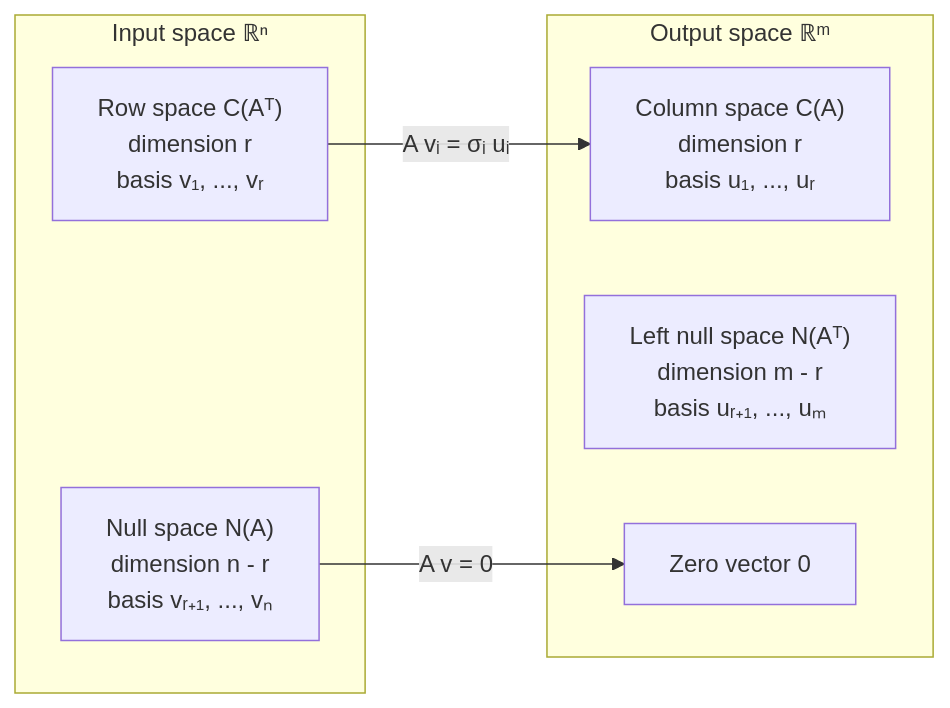
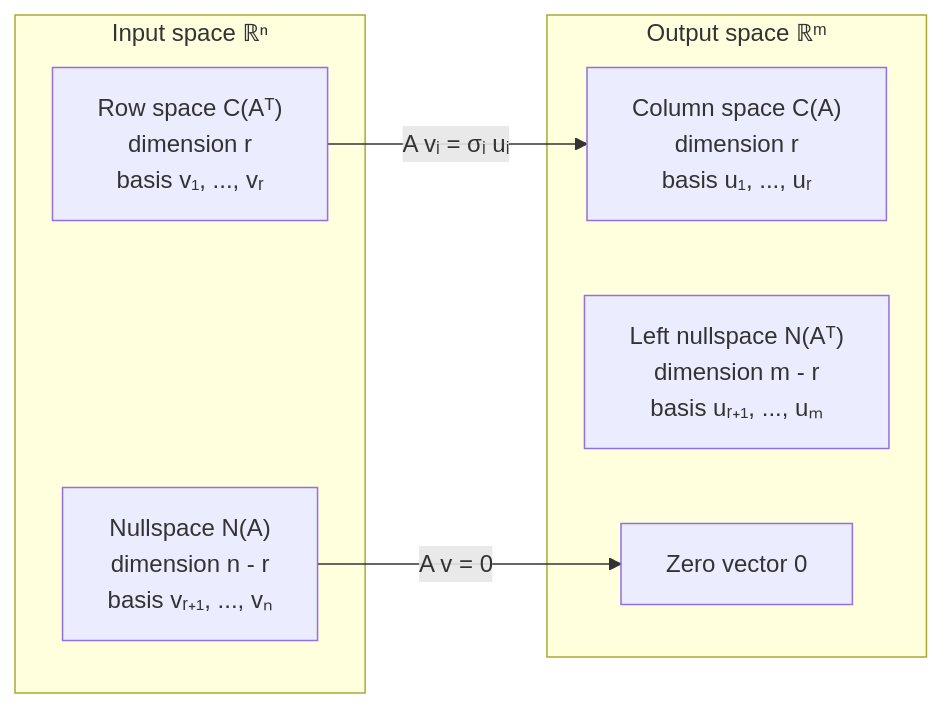
The first of 2 diagrams in Lecture-Notes/Ch07_Singular-Value-Decomposition/Concepts_Lecture.md (Choroning/26Spring_Computer-Linear-Algebra), drawn with Mermaid before and after one commit. The commit also changed other lines of this file and 18 other files, not shown here.

````diff
--- a/Lecture-Notes/Ch07_Singular-Value-Decomposition/Concepts_Lecture.md
+++ b/Lecture-Notes/Ch07_Singular-Value-Decomposition/Concepts_Lecture.md
@@ -91,14 +91,14 @@
 ```mermaid
 flowchart LR
     subgraph IN["Input space ℝⁿ"]
         ROW["Row space C(Aᵀ)<br>dimension r<br>basis v₁, ..., vᵣ"]
-        NUL["Null space N(A)<br>dimension n - r<br>basis vᵣ₊₁, ..., vₙ"]
+        NUL["Nullspace N(A)<br>dimension n - r<br>basis vᵣ₊₁, ..., vₙ"]
     end
     subgraph OUT["Output space ℝᵐ"]
         COL["Column space C(A)<br>dimension r<br>basis u₁, ..., uᵣ"]
-        LNU["Left null space N(Aᵀ)<br>dimension m - r<br>basis uᵣ₊₁, ..., uₘ"]
+        LNU["Left nullspace N(Aᵀ)<br>dimension m - r<br>basis uᵣ₊₁, ..., uₘ"]
         ZERO["Zero vector 0"]
     end
     ROW -- "A vᵢ = σᵢ uᵢ" --> COL
     NUL -- "A v = 0" --> ZERO
 ```
````
